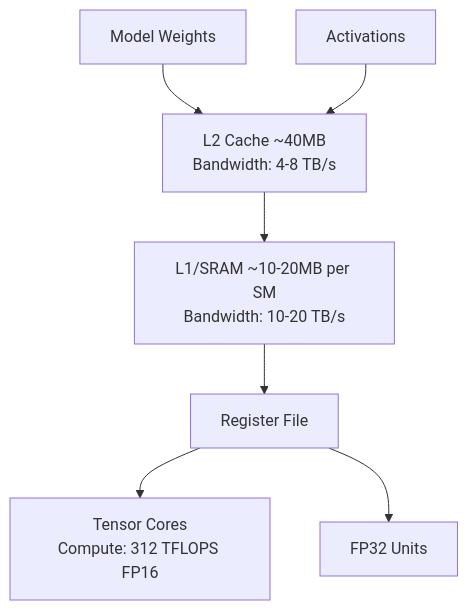
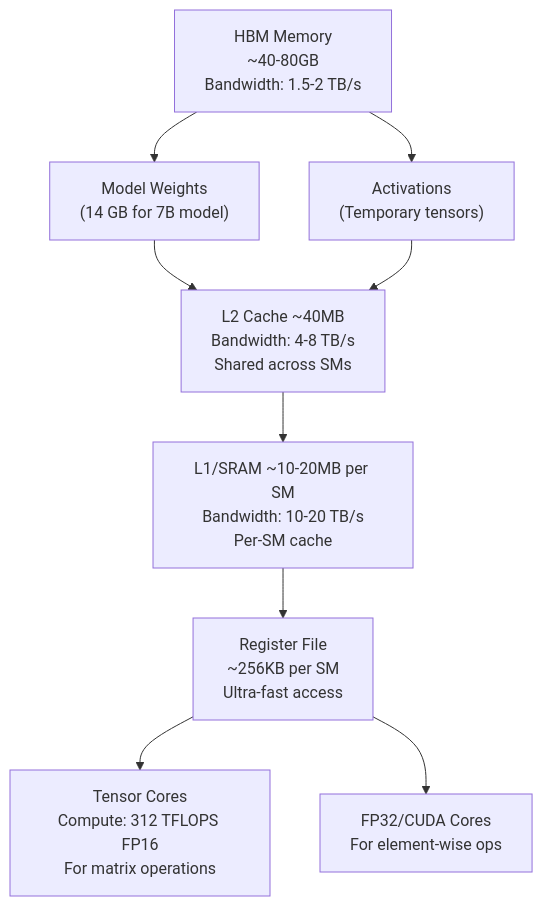
One commit to Shahriarin2garden/vllm_from_scratch changed diagram 13 of 37 in lab0.2/README.md. Above: the diagram before and after it, drawn with Mermaid. The commit also changed other lines of this file, not shown here.

Commit message:
Refactor diagrams in README.md for improved clarity and detail

````diff
--- a/lab0.2/README.md
+++ b/lab0.2/README.md
@@ -372,9 +393,11 @@
 ```mermaid
 flowchart TD
-    W[Model Weights] --> L2
-    IO[Activations] --> L2
-    L2["L2 Cache ~40MB<br/>Bandwidth: 4-8 TB/s"] --> L1
-    L1["L1/SRAM ~10-20MB per SM<br/>Bandwidth: 10-20 TB/s"] --> Reg[Register File]
-    Reg --> TCU["Tensor Cores<br/>Compute: 312 TFLOPS FP16"]
-    Reg --> FPU[FP32 Units]
+    HBM["HBM Memory<br/>~40-80GB<br/>Bandwidth: 1.5-2 TB/s"] --> W["Model Weights<br/>(14 GB for 7B model)"]
+    HBM --> IO["Activations<br/>(Temporary tensors)"]
+    W --> L2
+    IO --> L2
+    L2["L2 Cache ~40MB<br/>Bandwidth: 4-8 TB/s<br/>Shared across SMs"] --> L1
+    L1["L1/SRAM ~10-20MB per SM<br/>Bandwidth: 10-20 TB/s<br/>Per-SM cache"] --> Reg["Register File<br/>~256KB per SM<br/>Ultra-fast access"]
+    Reg --> TCU["Tensor Cores<br/>Compute: 312 TFLOPS FP16<br/>For matrix operations"]
+    Reg --> FPU["FP32/CUDA Cores<br/>For element-wise ops"]
 ```
````
